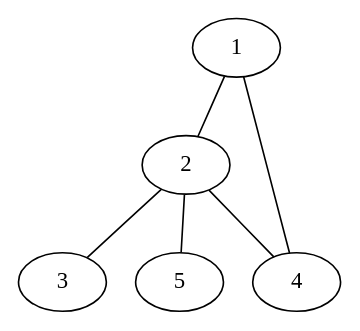
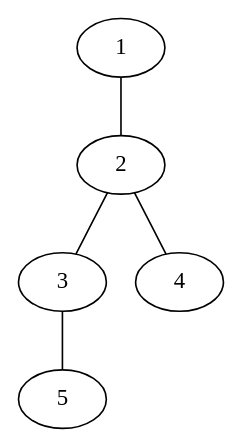
The diagram in abgabe_ueb2/graph1.gv (dkadio/AvA), drawn with Graphviz before and after one commit. The commit also changed 7 other files, not shown here.

```diff
--- a/abgabe_ueb2/graph1.gv
+++ b/abgabe_ueb2/graph1.gv
@@ -1,7 +1,6 @@
 graph G {
 1 -- 2;
 2 -- 3;
-1 -- 4;
-2 -- 5;
 2 -- 4;
+3 -- 5;
 }
```
